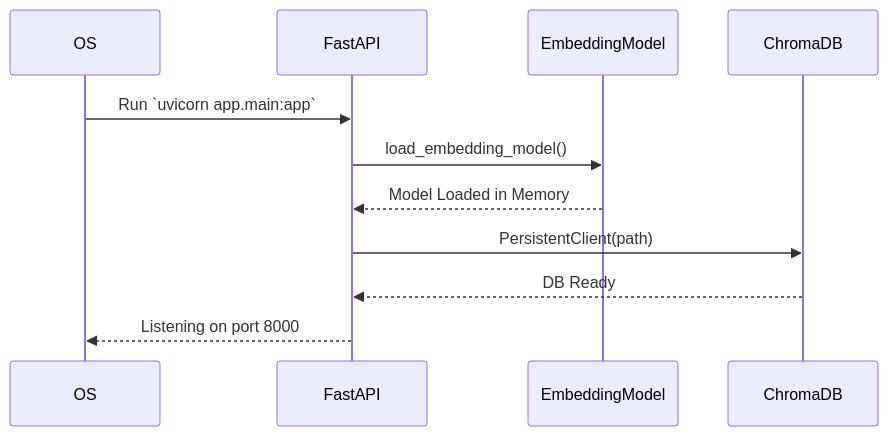
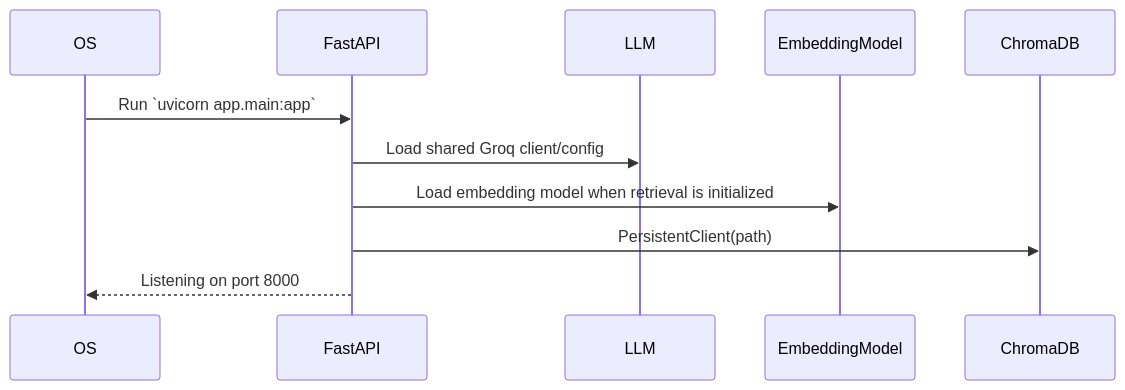
Before and after one commit to poojithamalaparaju-ctrl/Development-of-AI-Based-Knowledge-Retrieval-Platform-with-Query-Resolution-System: the second of 7 diagrams in PROJECT_GUIDE.md, drawn with Mermaid. The commit also changed other lines of this file and 26 other files, not shown here.

````diff
--- a/PROJECT_GUIDE.md
+++ b/PROJECT_GUIDE.md
@@ -290,13 +354,13 @@
 ```mermaid
 sequenceDiagram
     participant OS
     participant FastAPI
+    participant LLM
     participant EmbeddingModel
     participant ChromaDB
     OS->>FastAPI: Run `uvicorn app.main:app`
-    FastAPI->>EmbeddingModel: load_embedding_model()
-    EmbeddingModel-->>FastAPI: Model Loaded in Memory
+    FastAPI->>LLM: Load shared Groq client/config
+    FastAPI->>EmbeddingModel: Load embedding model when retrieval is initialized
     FastAPI->>ChromaDB: PersistentClient(path)
-    ChromaDB-->>FastAPI: DB Ready
     FastAPI-->>OS: Listening on port 8000
 ```
````
